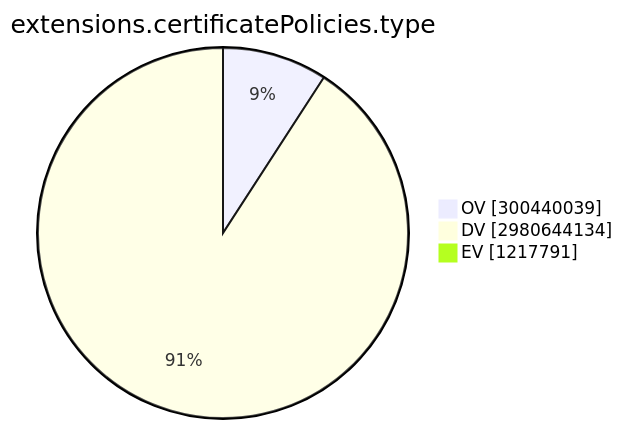
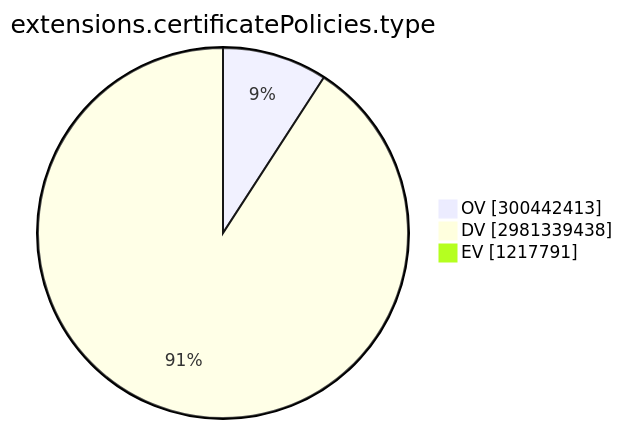
Before and after one commit to christiankrug/ctmonitor_visualization: the ninth of 15 diagrams in TOTAL/README.md, drawn with Mermaid. The commit also changed other lines of this file, not shown here.

````diff
--- a/TOTAL/README.md
+++ b/TOTAL/README.md
@@ -3101,7 +3101,7 @@
 ```mermaid
 pie showData
 title extensions.certificatePolicies.type
-"OV" :300440039
-"DV" :2980644134
+"OV" :300442413
+"DV" :2981339438
 "EV" :1217791
 ```
````
